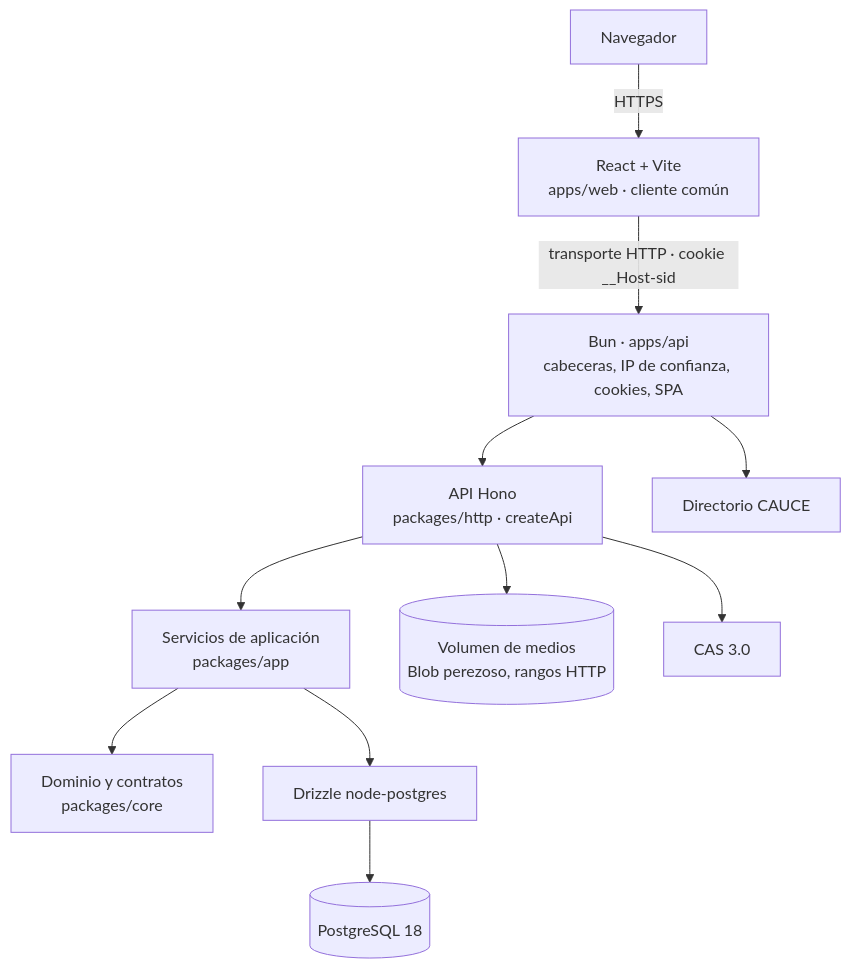
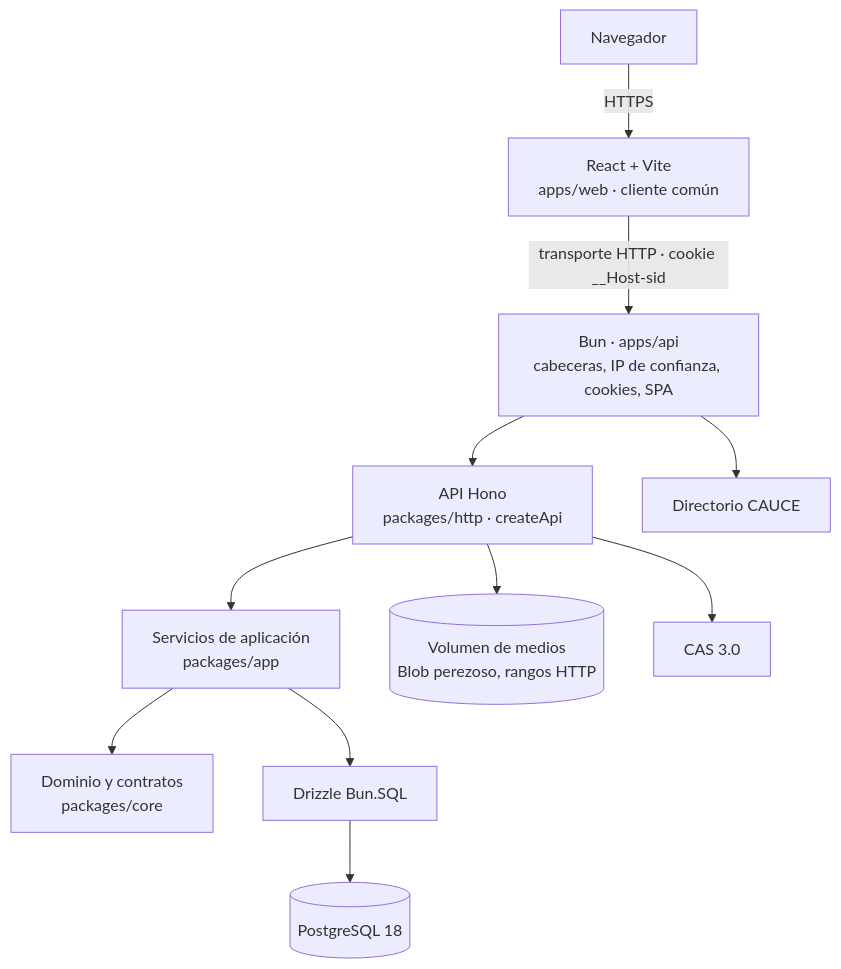
Before and after one commit to ateeducacion/lexican: the first of 2 diagrams in docs/ARCHITECTURE.md, drawn with Mermaid. The commit also changed other lines of this file and 35 other files, not shown here.

Commit message:
refactor: use Bun SQL for PostgreSQL (#24)

````diff
--- a/docs/ARCHITECTURE.md
+++ b/docs/ARCHITECTURE.md
@@ -9,13 +9,13 @@
 ```mermaid
 flowchart TB
   B[Navegador] -->|HTTPS| W[React + Vite<br/>apps/web · cliente común]
   W -->|transporte HTTP · cookie __Host-sid| X[Bun · apps/api<br/>cabeceras, IP de confianza, cookies, SPA]
   X --> H[API Hono<br/>packages/http · createApi]
   H --> S[Servicios de aplicación<br/>packages/app]
   S --> C[Dominio y contratos<br/>packages/core]
-  S --> D[Drizzle node-postgres]
+  S --> D[Drizzle Bun.SQL]
   D --> P[(PostgreSQL 18)]
   H --> M[(Volumen de medios<br/>Blob perezoso, rangos HTTP)]
   H --> CAS[CAS 3.0]
   X --> CAUCE[Directorio CAUCE]
 ```
````
